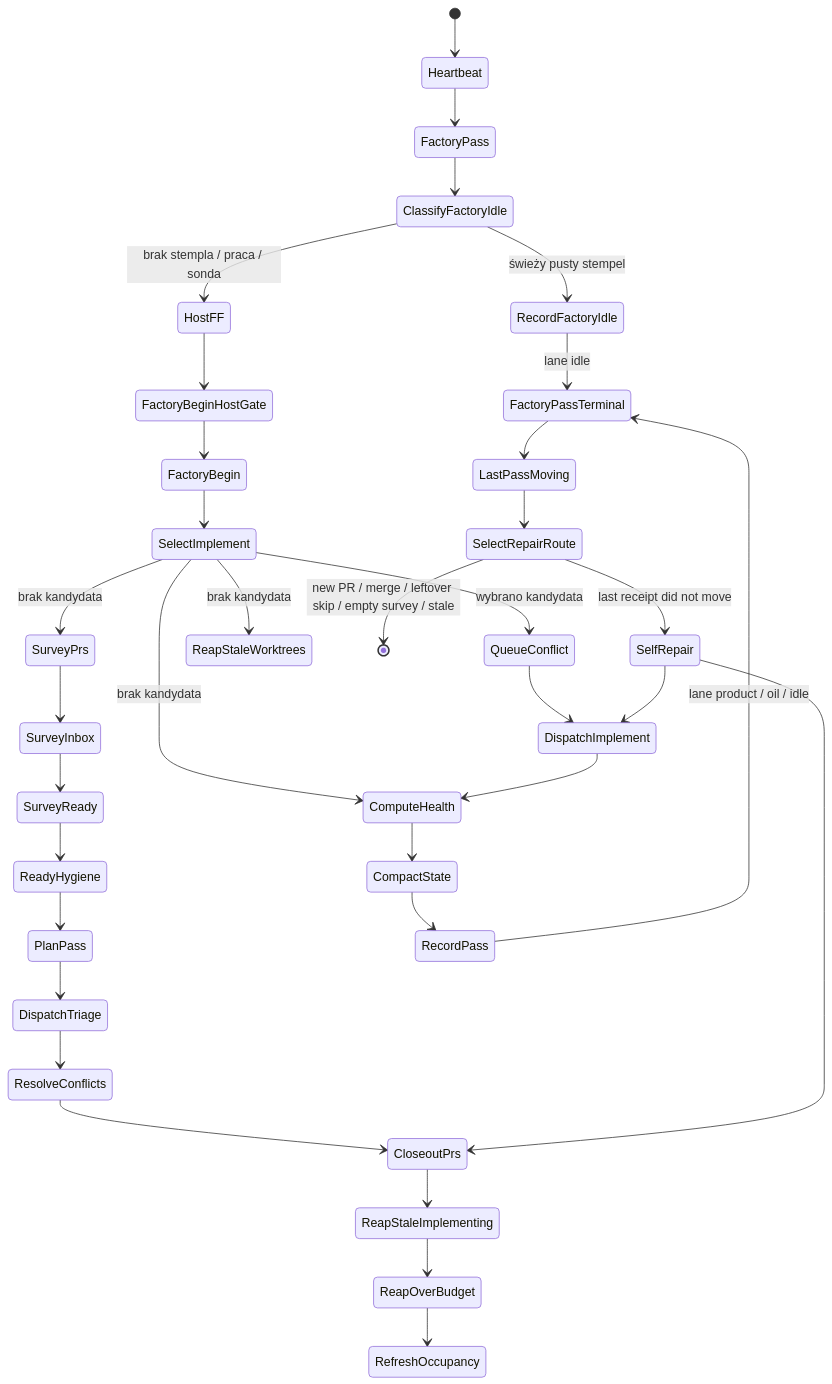
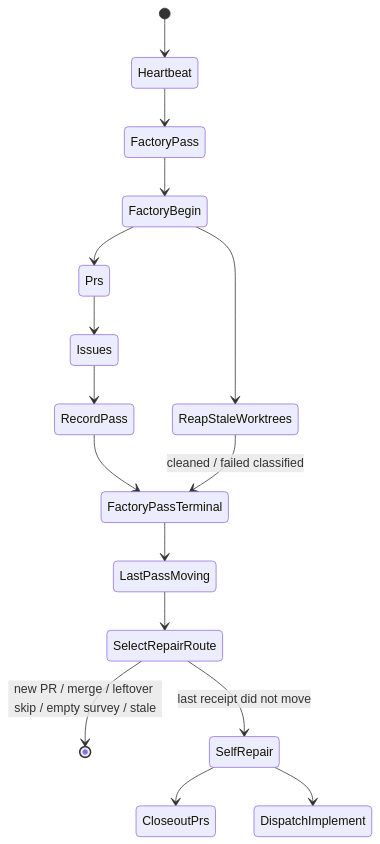
The first of 45 diagrams in README.md (mikolaj92/lokay), drawn with Mermaid before and after one commit. The commit also changed other lines of this file and 14 other files, not shown here.

First line of the commit message:
fix: leftover work-copy cleanup must not abort factory_pass

````diff
--- a/README.md
+++ b/README.md
@@ -78,37 +78,18 @@
 ```mermaid
 stateDiagram-v2
     [*] --> Heartbeat
     Heartbeat --> FactoryPass
-    FactoryPass --> ClassifyFactoryIdle
-    ClassifyFactoryIdle --> RecordFactoryIdle: świeży pusty stempel
-    ClassifyFactoryIdle --> HostFF: brak stempla / praca / sonda
-    HostFF --> FactoryBeginHostGate
-    FactoryBeginHostGate --> FactoryBegin
-    FactoryBegin --> SelectImplement
-    SelectImplement --> QueueConflict: wybrano kandydata
-    SelectImplement --> ComputeHealth: brak kandydata
-    SelectImplement --> SurveyPrs: brak kandydata
-    SelectImplement --> ReapStaleWorktrees: brak kandydata
-    QueueConflict --> DispatchImplement
-    DispatchImplement --> ComputeHealth
-    SurveyPrs --> SurveyInbox
-    SurveyInbox --> SurveyReady
-    SurveyReady --> ReadyHygiene
-    ReadyHygiene --> PlanPass
-    PlanPass --> DispatchTriage
-    DispatchTriage --> ResolveConflicts
-    ResolveConflicts --> CloseoutPrs
-    CloseoutPrs --> ReapStaleImplementing
-    ReapStaleImplementing --> ReapOverBudget
-    ReapOverBudget --> RefreshOccupancy
-    ComputeHealth --> CompactState
-    CompactState --> RecordPass
-    RecordPass --> FactoryPassTerminal: lane product / oil / idle
-    RecordFactoryIdle --> FactoryPassTerminal: lane idle
+    FactoryPass --> FactoryBegin
+    FactoryBegin --> Prs
+    FactoryBegin --> ReapStaleWorktrees
+    Prs --> Issues
+    Issues --> RecordPass
+    RecordPass --> FactoryPassTerminal
+    ReapStaleWorktrees --> FactoryPassTerminal: cleaned / failed classified
     FactoryPassTerminal --> LastPassMoving
     LastPassMoving --> SelectRepairRoute
     SelectRepairRoute --> [*]: new PR / merge / leftover skip / empty survey / stale
     SelectRepairRoute --> SelfRepair: last receipt did not move
     SelfRepair --> CloseoutPrs
     SelfRepair --> DispatchImplement
 ```
````
